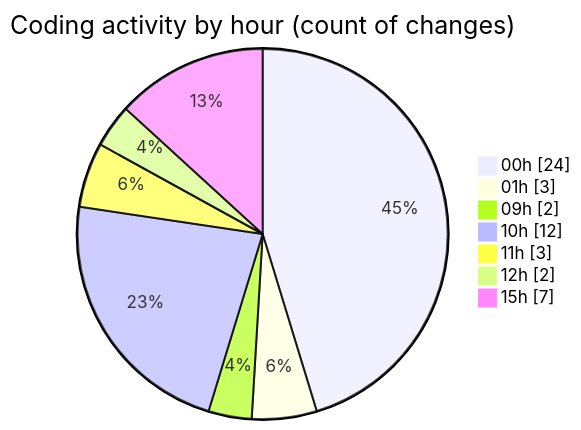
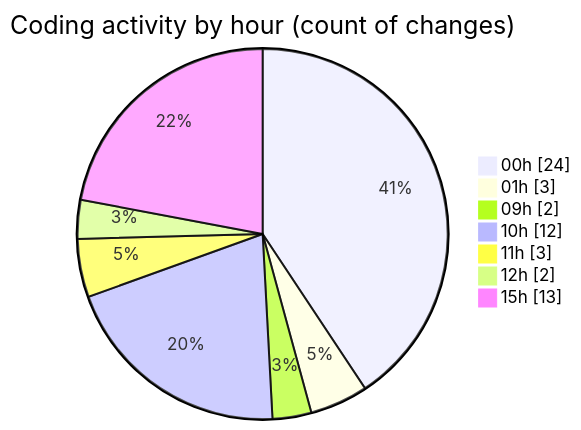
The second of 2 diagrams in 2025-11-24/eventscop-frontend-guide__workspace_/README.md (julien-gomy/code-tracking), drawn with Mermaid before and after one commit. The commit also changed other lines of this file and 1 other file, not shown here.

````diff
--- a/2025-11-24/eventscop-frontend-guide__workspace_/README.md
+++ b/2025-11-24/eventscop-frontend-guide__workspace_/README.md
@@ -43,11 +43,11 @@
 ```mermaid
 pie showData
 title Coding activity by hour (count of changes)
 "00h" : 24
 "01h" : 3
 "09h" : 2
 "10h" : 12
 "11h" : 3
 "12h" : 2
-"15h" : 7
+"15h" : 13
 ```
````
